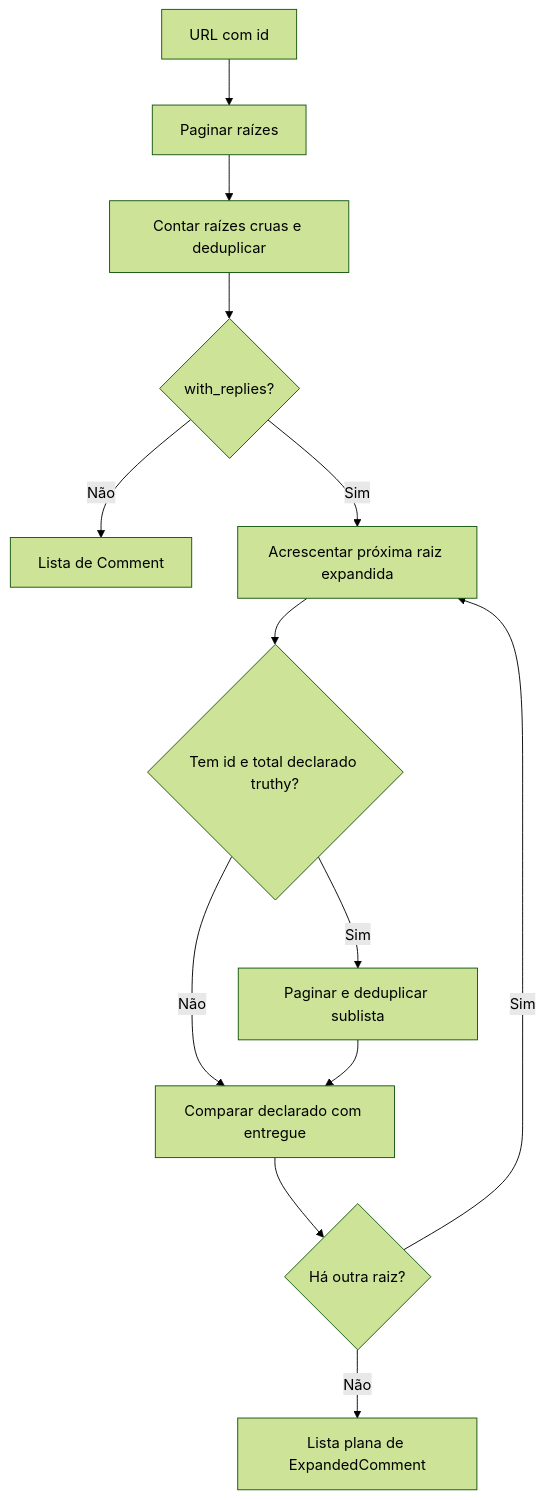
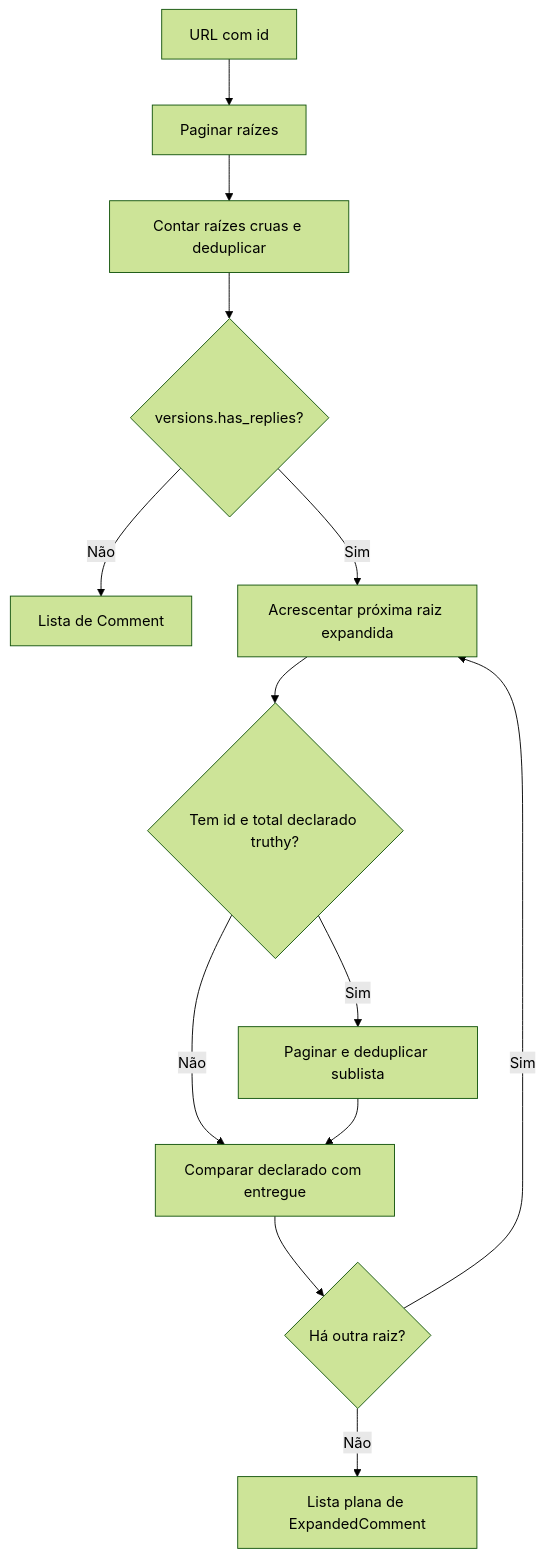
The diagram in docs/flows/comments.md (IMNascimento/VoxRadar_technical_challenges), drawn with Mermaid (forest theme) before and after one commit. The commit also changed 5 other files, not shown here.

````diff
--- a/docs/flows/comments.md
+++ b/docs/flows/comments.md
@@ -8,15 +8,15 @@
 ```mermaid
 flowchart TD
     URL[URL com id] --> Roots[Paginar raízes]
     Roots --> RawLimit[Contar raízes cruas e deduplicar]
-    RawLimit --> Option{with_replies?}
+    RawLimit --> Option{versions.has_replies?}
     Option -->|Não| Plain[Lista de Comment]
     Option -->|Sim| Root[Acrescentar próxima raiz expandida]
     Root --> Eligible{Tem id e total declarado truthy?}
     Eligible -->|Não| Count[Comparar declarado com entregue]
     Eligible -->|Sim| Replies[Paginar e deduplicar sublista]
     Replies --> Count
     Count --> More{Há outra raiz?}
     More -->|Sim| Root
     More -->|Não| Flat[Lista plana de ExpandedComment]
 ```
````
